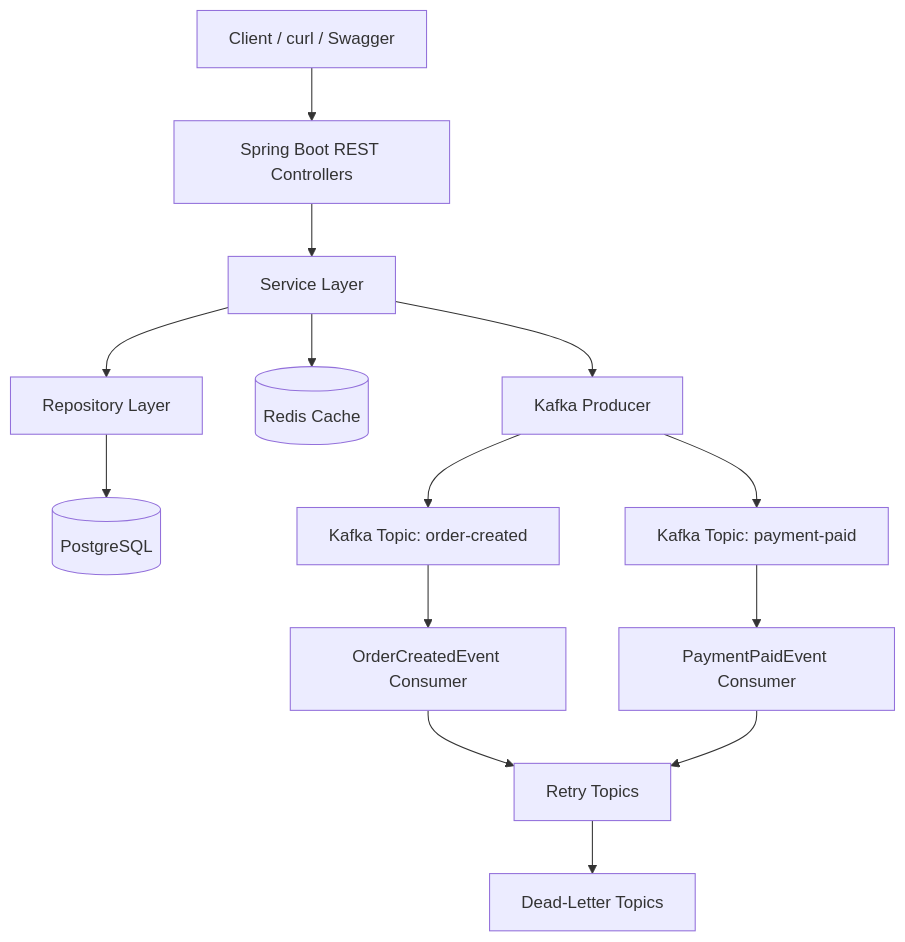
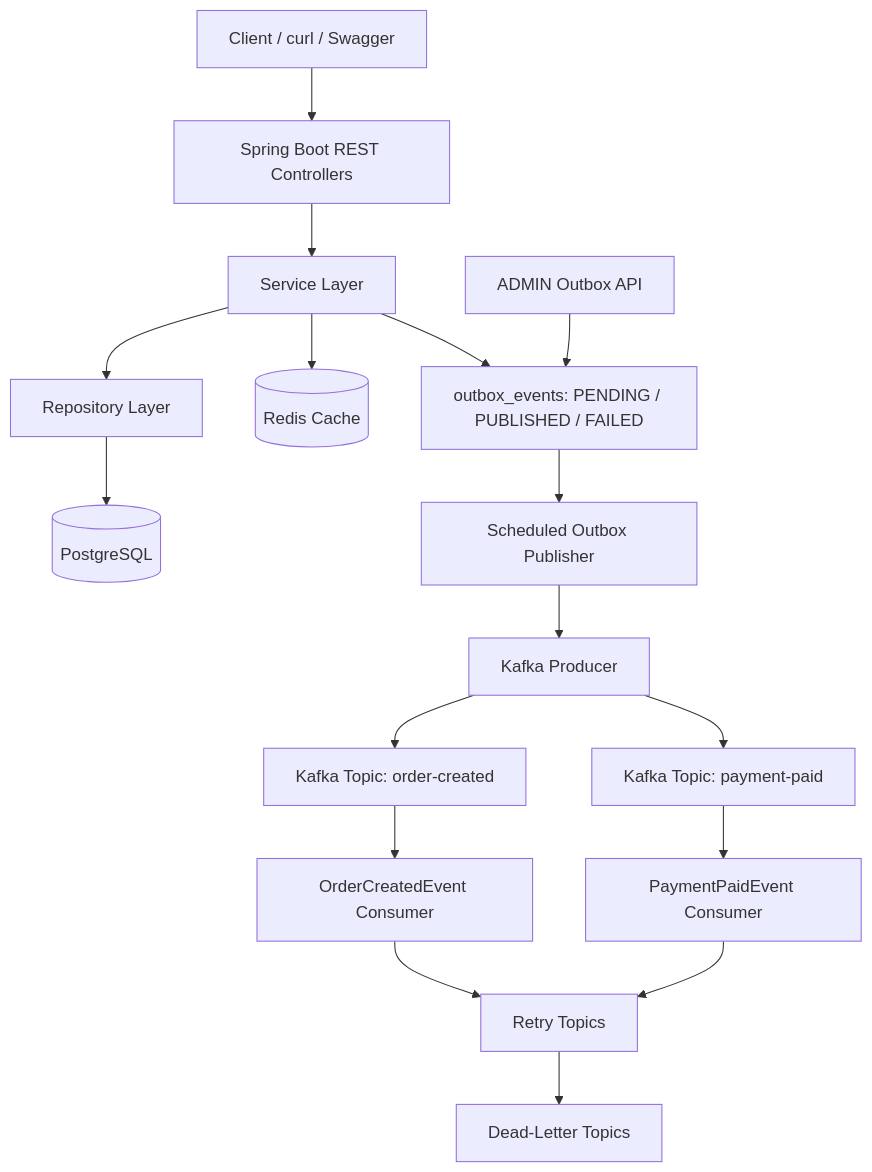
The third of 3 diagrams in README.md (ravan-chuang/spring-boot-ecommerce-backend), drawn with Mermaid before and after one commit. The commit also changed other lines of this file, not shown here.

Commit message:
docs: add transactional outbox and failure governance

````diff
--- a/README.md
+++ b/README.md
@@ -391,20 +508,24 @@
 ```mermaid
 flowchart TD
     Client[Client / curl / Swagger] --> Controller[Spring Boot REST Controllers]
     Controller --> Service[Service Layer]
     Service --> Repository[Repository Layer]
     Repository --> PostgreSQL[(PostgreSQL)]
 
     Service --> Redis[(Redis Cache)]
-    Service --> Producer[Kafka Producer]
+    Service --> Outbox[outbox_events: PENDING / PUBLISHED / FAILED]
 
+    Outbox --> Publisher[Scheduled Outbox Publisher]
+    Publisher --> Producer[Kafka Producer]
     Producer --> OrderTopic[Kafka Topic: order-created]
     Producer --> PaymentTopic[Kafka Topic: payment-paid]
 
     OrderTopic --> OrderConsumer[OrderCreatedEvent Consumer]
     PaymentTopic --> PaymentConsumer[PaymentPaidEvent Consumer]
 
     OrderConsumer --> RetryTopic[Retry Topics]
     PaymentConsumer --> RetryTopic
     RetryTopic --> DLT[Dead-Letter Topics]
+
+    Admin[ADMIN Outbox API] --> Outbox
 ```
````
